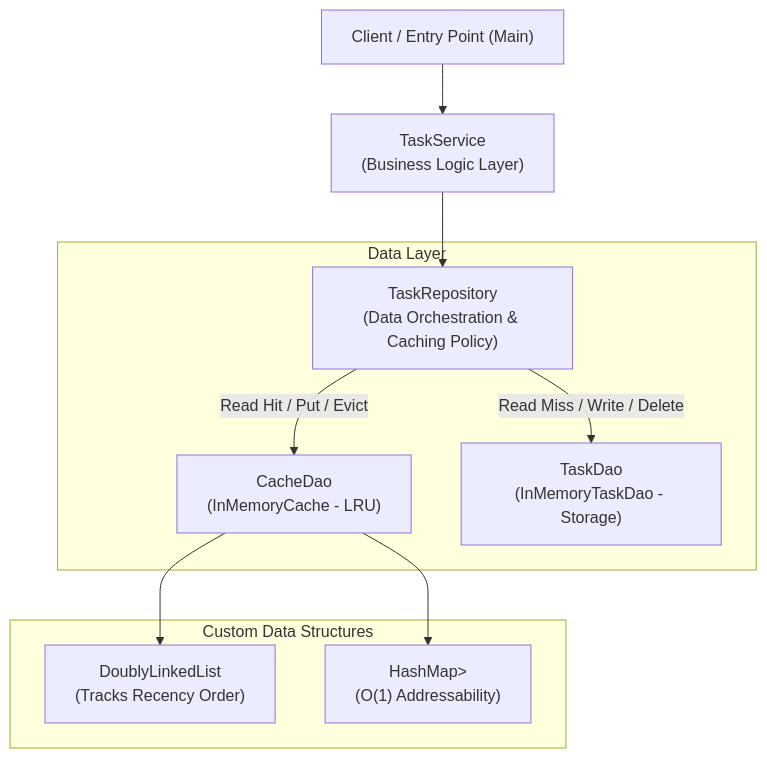
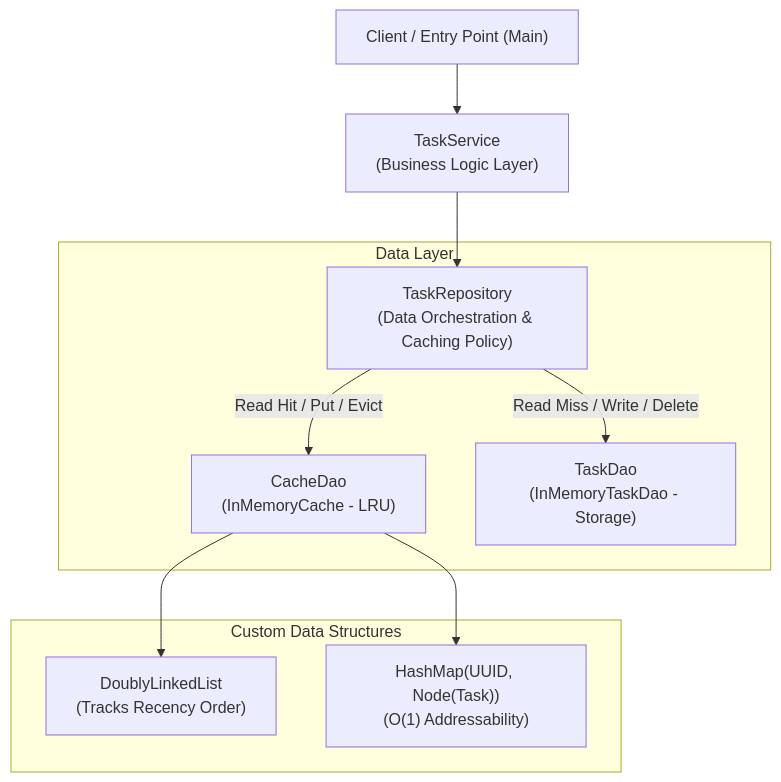
Before and after one commit to JyotimoyKashyap/system-design-labs: the first of 4 diagrams in task-management-system/README.md, drawn with Mermaid. The commit also changed 3 other files, not shown here.

````diff
--- a/task-management-system/README.md
+++ b/task-management-system/README.md
@@ -50,15 +50,15 @@
 ```mermaid
 flowchart TD
     Client["Client / Entry Point (Main)"] --> Service["TaskService\n(Business Logic Layer)"]
     Service --> Repository["TaskRepository\n(Data Orchestration & Caching Policy)"]
 
-    subgraph Data Layer
+    subgraph Data_Layer ["Data Layer"]
         Repository -->|Read Hit / Put / Evict| Cache["CacheDao\n(InMemoryCache - LRU)"]
         Repository -->|Read Miss / Write / Delete| DB["TaskDao\n(InMemoryTaskDao - Storage)"]
     end
 
-    subgraph Custom Data Structures
+    subgraph Custom_DS ["Custom Data Structures"]
         Cache --> DLL["DoublyLinkedList\n(Tracks Recency Order)"]
-        Cache --> Map["HashMap<UUID, Node<Task>>\n(O(1) Addressability)"]
+        Cache --> Map["HashMap(UUID, Node(Task))\n(O(1) Addressability)"]
     end
 ```
````
